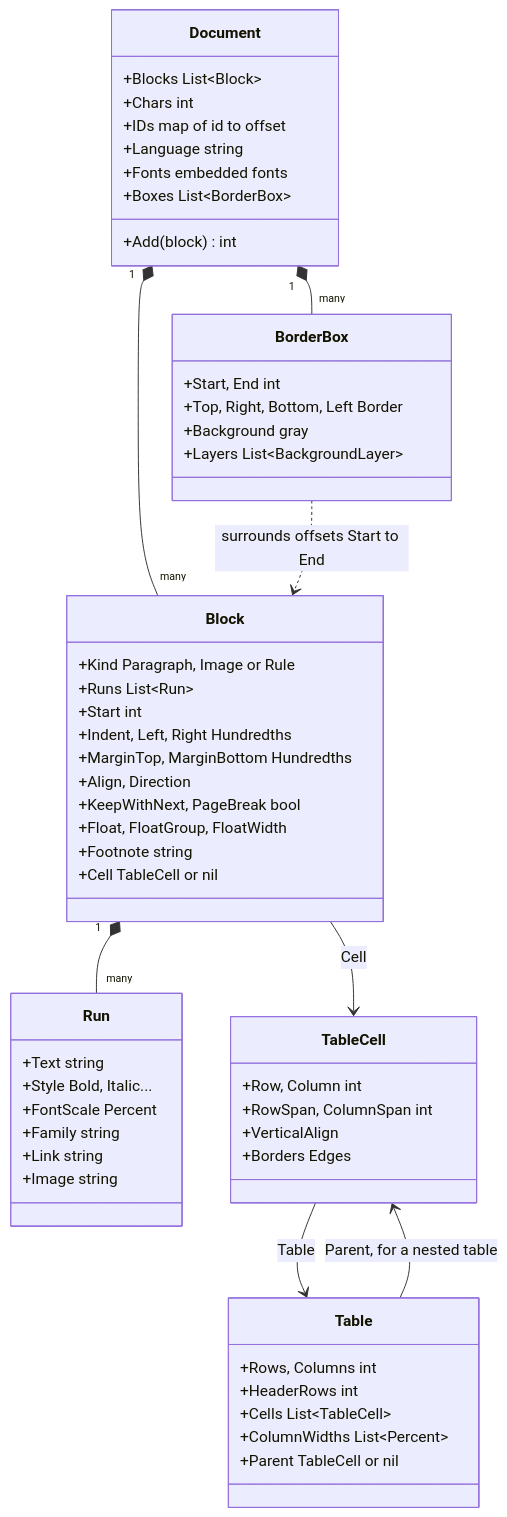
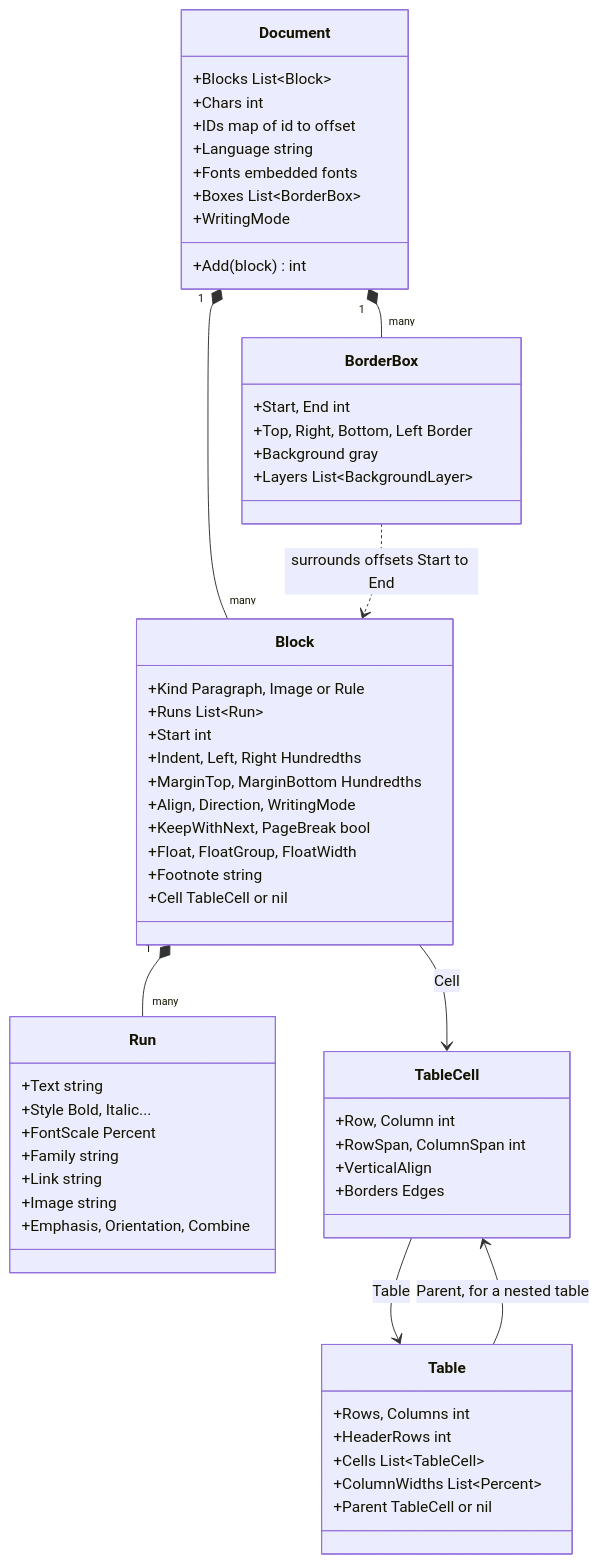
One commit to CedricHerzog/inkshelf changed the diagram in docs/reference/document-model.md. Above: the diagram before and after it, drawn with Mermaid. The commit also changed other lines of this file and 75 other files, not shown here.

````diff
--- a/docs/reference/document-model.md
+++ b/docs/reference/document-model.md
@@ -13,58 +13,60 @@
 ```mermaid
 classDiagram
     class Document {
         +Blocks List~Block~
         +Chars int
         +IDs map of id to offset
         +Language string
         +Fonts embedded fonts
         +Boxes List~BorderBox~
+        +WritingMode
         +Add(block) int
     }
     class Block {
         +Kind Paragraph, Image or Rule
         +Runs List~Run~
         +Start int
         +Indent, Left, Right Hundredths
         +MarginTop, MarginBottom Hundredths
-        +Align, Direction
+        +Align, Direction, WritingMode
         +KeepWithNext, PageBreak bool
         +Float, FloatGroup, FloatWidth
         +Footnote string
         +Cell TableCell or nil
     }
     class Run {
         +Text string
         +Style Bold, Italic...
         +FontScale Percent
         +Family string
         +Link string
         +Image string
+        +Emphasis, Orientation, Combine
     }
     class BorderBox {
         +Start, End int
         +Top, Right, Bottom, Left Border
         +Background gray
         +Layers List~BackgroundLayer~
     }
     class Table {
         +Rows, Columns int
         +HeaderRows int
         +Cells List~TableCell~
         +ColumnWidths List~Percent~
         +Parent TableCell or nil
     }
     class TableCell {
         +Row, Column int
         +RowSpan, ColumnSpan int
         +VerticalAlign
         +Borders Edges
     }
     Document "1" *-- "many" Block
     Block "1" *-- "many" Run
     Document "1" *-- "many" BorderBox
     BorderBox ..> Block : surrounds offsets Start to End
     Block --> TableCell : Cell
     TableCell --> Table : Table
     Table --> TableCell : Parent, for a nested table
 ```
````
